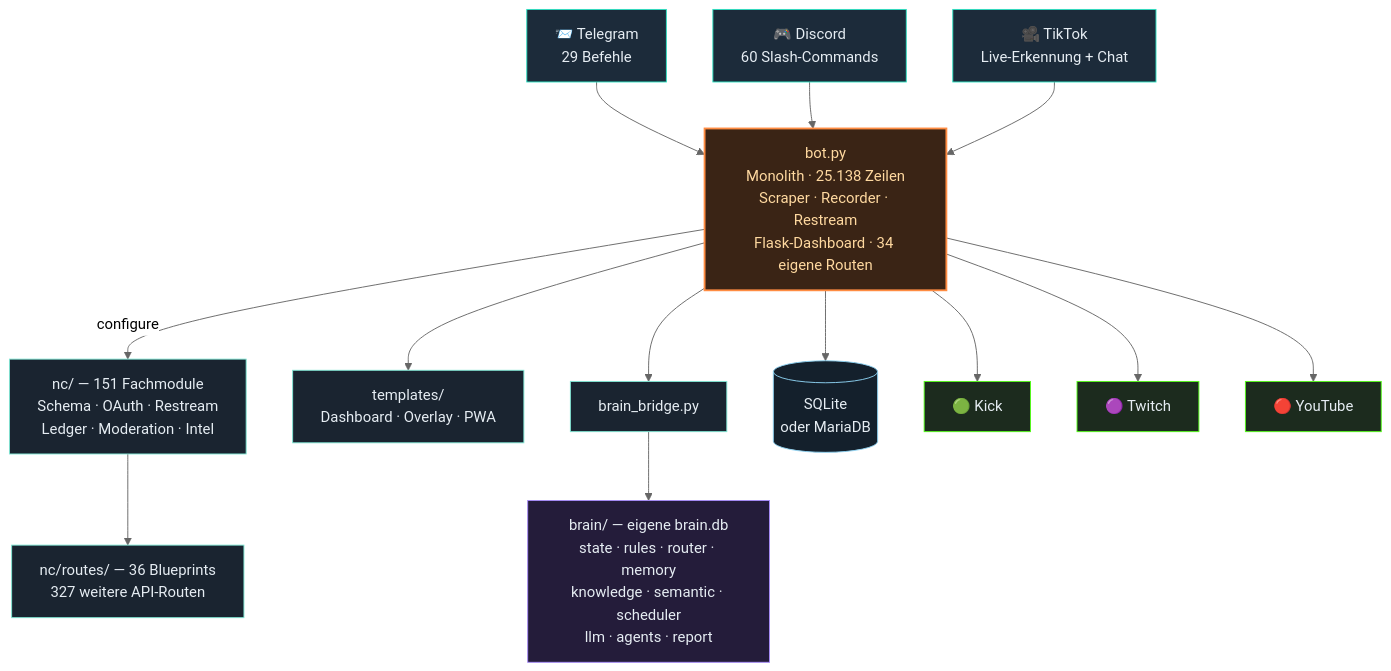
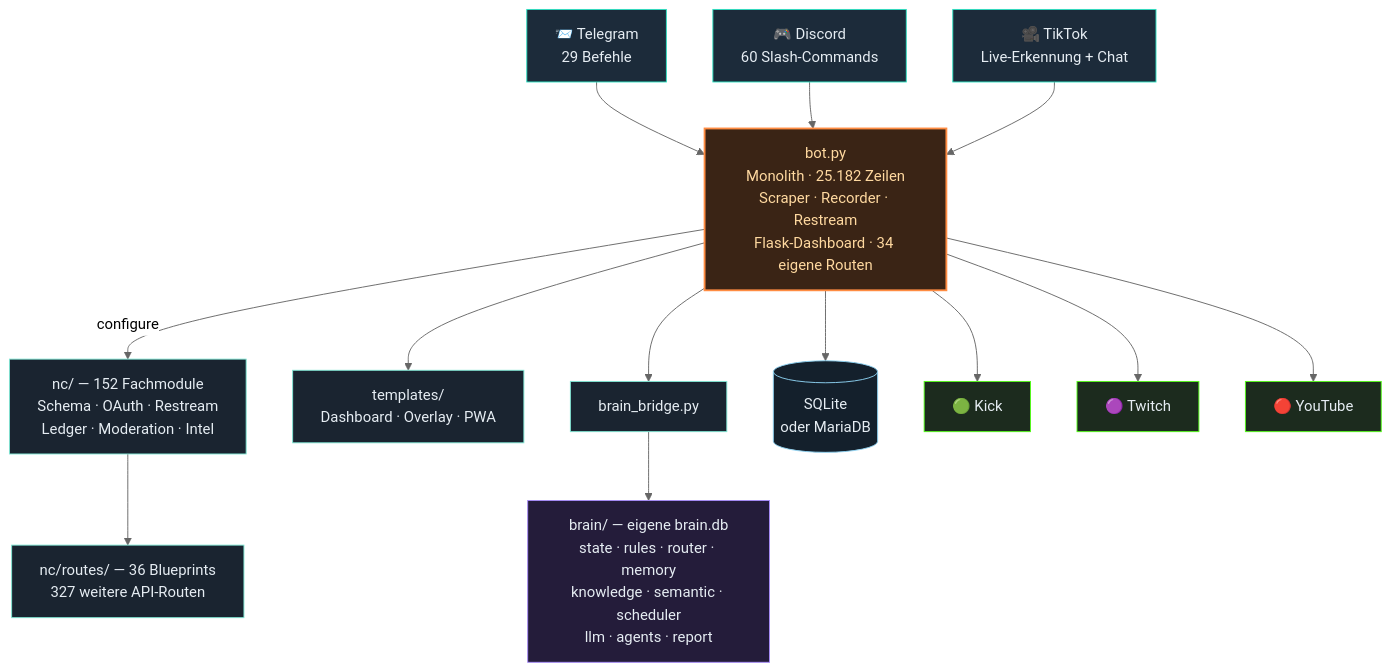
The third of 4 diagrams in README.md (itsamemedev/Telegram-Stream-Info-Bot), drawn with Mermaid (neutral theme) before and after one commit. The commit also changed other lines of this file and 12 other files, not shown here.

````diff
--- a/README.md
+++ b/README.md
@@ -189,30 +189,30 @@
 ```mermaid
 flowchart TB
     TG["📨 Telegram<br/>29 Befehle"]:::ein
     DC["🎮 Discord<br/>60 Slash-Commands"]:::ein
     TT["🎥 TikTok<br/>Live-Erkennung + Chat"]:::ein
 
     TG --> BOT
     DC --> BOT
     TT --> BOT
 
-    BOT["bot.py<br/>Monolith · 25.138 Zeilen<br/>Scraper · Recorder · Restream<br/>Flask-Dashboard · 34 eigene Routen"]:::core
+    BOT["bot.py<br/>Monolith · 25.182 Zeilen<br/>Scraper · Recorder · Restream<br/>Flask-Dashboard · 34 eigene Routen"]:::core
 
-    BOT -->|configure| NC["nc/ — 151 Fachmodule<br/>Schema · OAuth · Restream<br/>Ledger · Moderation · Intel"]:::lib
+    BOT -->|configure| NC["nc/ — 152 Fachmodule<br/>Schema · OAuth · Restream<br/>Ledger · Moderation · Intel"]:::lib
     NC --> RT["nc/routes/ — 36 Blueprints<br/>327 weitere API-Routen"]:::lib
     BOT --> TPL["templates/<br/>Dashboard · Overlay · PWA"]:::lib
     BOT --> BR["brain_bridge.py"]:::lib
     BR --> BRAIN["brain/ — eigene brain.db<br/>state · rules · router · memory<br/>knowledge · semantic · scheduler<br/>llm · agents · report"]:::brain
     BOT --> DB[("SQLite<br/>oder MariaDB")]:::db
 
     BOT --> KICK["🟢 Kick"]:::out
     BOT --> TW["🟣 Twitch"]:::out
     BOT --> YT["🔴 YouTube"]:::out
 
     classDef ein fill:#1c2b3a,stroke:#2de1c2,color:#e6edf3
     classDef core fill:#3a2415,stroke:#ff8c42,stroke-width:2px,color:#ffd9a0
     classDef lib fill:#1a2430,stroke:#7fe7d4,color:#e6edf3
     classDef brain fill:#241c3a,stroke:#a78bfa,color:#e6edf3
     classDef db fill:#14202c,stroke:#8fd3f4,color:#e6edf3
     classDef out fill:#1c2b1e,stroke:#53fc18,color:#e6edf3
 ```
````
